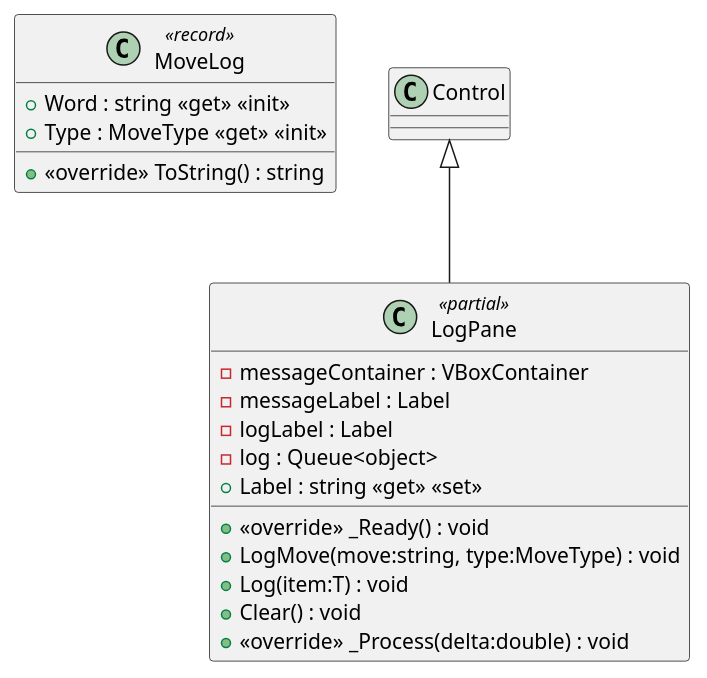
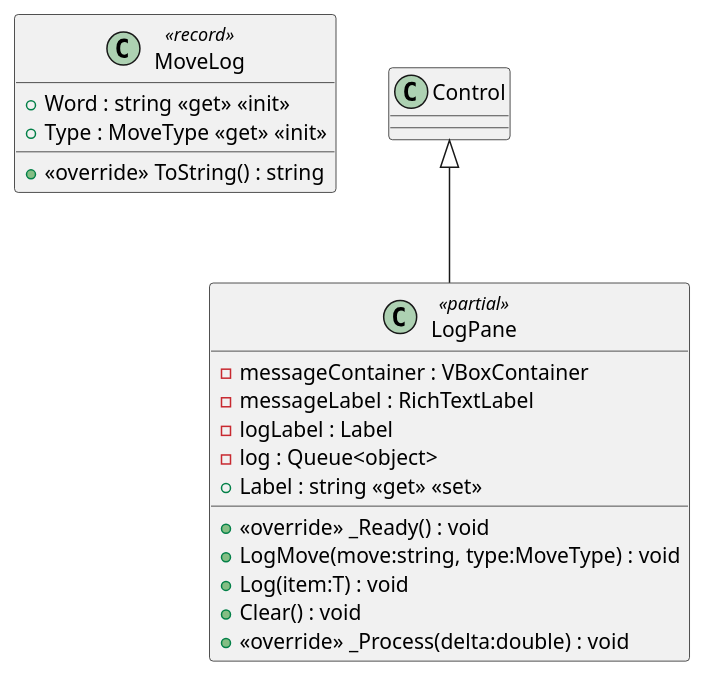
The diagram in PlantUML/scripts/LogPane.puml (Leximon-SWE-2025/Leximon), drawn with PlantUML before and after one commit. The commit also changed 6 other files, not shown here.

Commit message:
update uml

```diff
--- a/PlantUML/scripts/LogPane.puml
+++ b/PlantUML/scripts/LogPane.puml
@@ -1,20 +1,20 @@
 @startuml
 class MoveLog <<record>> {
     + Word : string <<get>> <<init>>
     + Type : MoveType <<get>> <<init>>
     + <<override>> ToString() : string
 }
 class LogPane <<partial>> {
     - messageContainer : VBoxContainer
-    - messageLabel : Label
+    - messageLabel : RichTextLabel
     - logLabel : Label
     - log : Queue<object>
     + Label : string <<get>> <<set>>
     + <<override>> _Ready() : void
     + LogMove(move:string, type:MoveType) : void
     + Log(item:T) : void
     + Clear() : void
     + <<override>> _Process(delta:double) : void
 }
 Control <|-- LogPane
 @enduml
```
